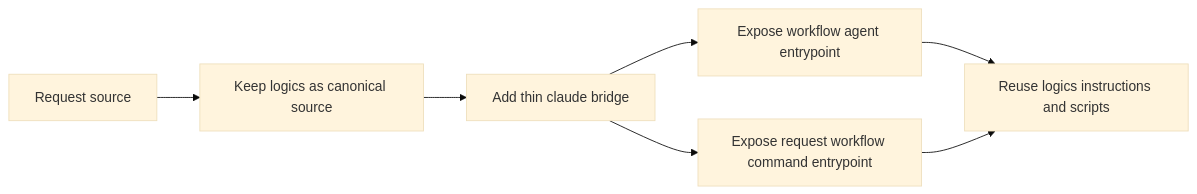
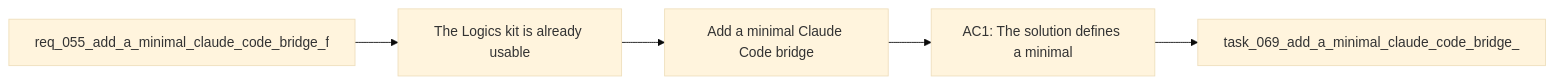
The diagram in logics/backlog/item_064_add_a_minimal_claude_code_bridge_for_logics_agents.md (AlexAgo83/logics-manager), drawn with Mermaid (base theme) before and after one commit. The commit also changed 481 other files, not shown here.

Commit message:
Normalize Logics docs and workflow indicators

````diff
--- a/logics/backlog/item_064_add_a_minimal_claude_code_bridge_for_logics_agents.md
+++ b/logics/backlog/item_064_add_a_minimal_claude_code_bridge_for_logics_agents.md
@@ -40,10 +40,9 @@
 ```mermaid
+%% logics-kind: backlog
 %% logics-signature: backlog|add-a-minimal-claude-code-bridge-for-log|req-055-add-a-minimal-claude-code-bridge|the-logics-kit-is-already-usable|ac1-the-solution-defines-a-minimal
 flowchart LR
-    Request[Request source] --> Canonical[Keep logics as canonical source]
-    Canonical --> Bridge[Add thin claude bridge]
-    Bridge --> Agent[Expose workflow agent entrypoint]
-    Bridge --> Command[Expose request workflow command entrypoint]
-    Agent --> Reuse[Reuse logics instructions and scripts]
-    Command --> Reuse
+    Request[req_055_add_a_minimal_claude_code_bridge_f] --> Problem[The Logics kit is already usable]
+    Problem --> Scope[Add a minimal Claude Code bridge]
+    Scope --> Acceptance[AC1: The solution defines a minimal]
+    Acceptance --> Tasks[task_069_add_a_minimal_claude_code_bridge_]
 ```
````
